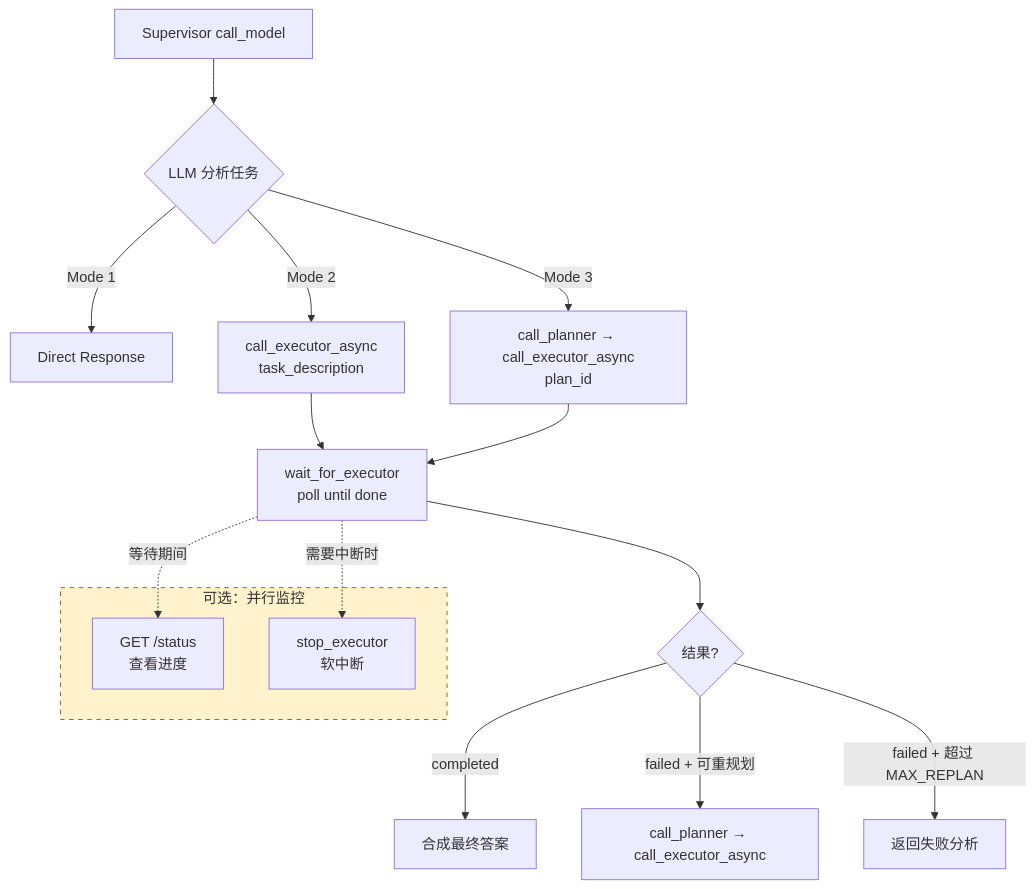
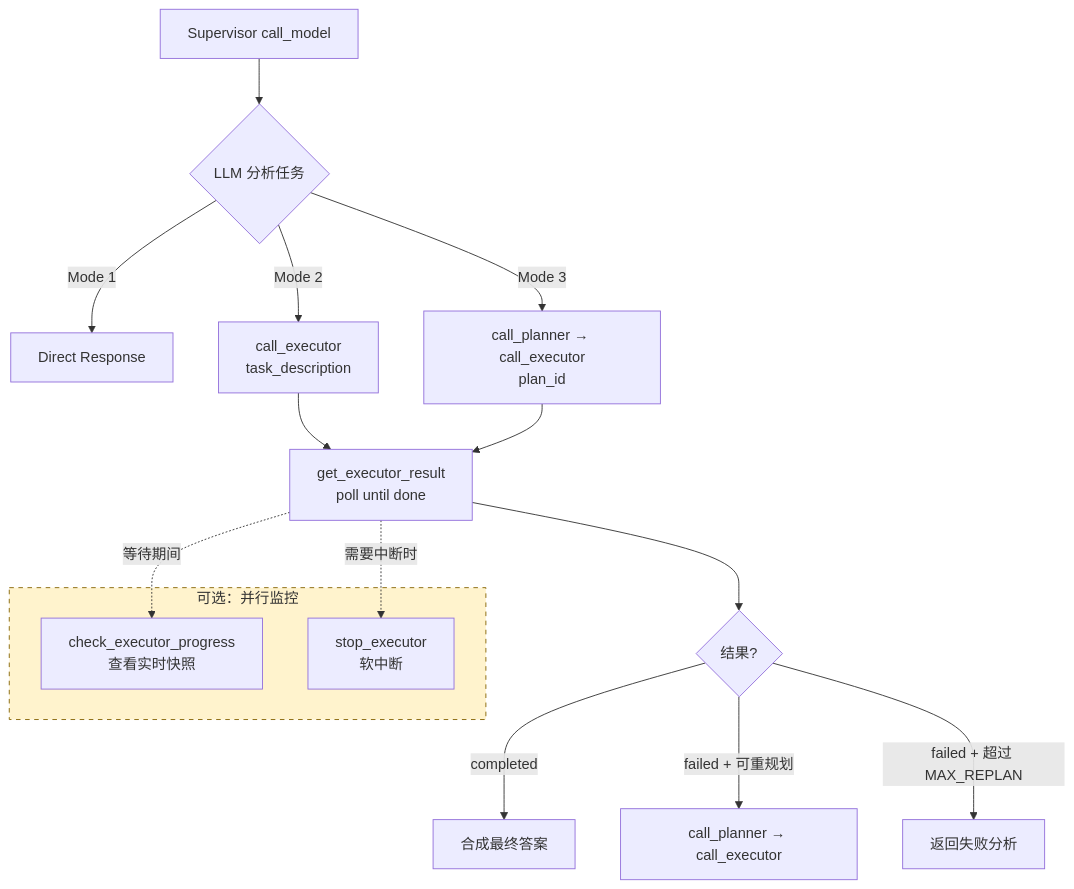
One commit to Tlaven/agent-triad changed the eighth of 9 diagrams in docs/v3-architecture-diagrams.md. Above: the diagram before and after it, drawn with Mermaid. The commit also changed other lines of this file and 10 other files, not shown here.

First line of the commit message:
feat: V3 lifecycle integration + architecture gap remediation (G1-G7)

````diff
--- a/docs/v3-architecture-diagrams.md
+++ b/docs/v3-architecture-diagrams.md
@@ -271,25 +272,25 @@
 ```mermaid
 flowchart TD
     A[Supervisor call_model] --> B{LLM 分析任务}
     B -->|Mode 1| C[Direct Response]
-    B -->|Mode 2| D[call_executor_async<br/>task_description]
-    B -->|Mode 3| E[call_planner → call_executor_async<br/>plan_id]
+    B -->|Mode 2| D[call_executor<br/>task_description]
+    B -->|Mode 3| E[call_planner → call_executor<br/>plan_id]
 
-    D --> F[wait_for_executor<br/>poll until done]
+    D --> F[get_executor_result<br/>poll until done]
     E --> F
 
     F --> G{结果?}
     G -->|completed| H[合成最终答案]
-    G -->|failed + 可重规划| I[call_planner → call_executor_async]
+    G -->|failed + 可重规划| I[call_planner → call_executor]
     G -->|failed + 超过 MAX_REPLAN| J[返回失败分析]
 
     subgraph Optional["可选：并行监控"]
-        K[GET /status<br/>查看进度]
+        K[check_executor_progress<br/>查看实时快照]
         L[stop_executor<br/>软中断]
     end
 
     F -.->|等待期间| K
     F -.->|需要中断时| L
 
     style Optional fill:#fff3cd,stroke:#856404,stroke-dasharray: 5 5
 ```
````
